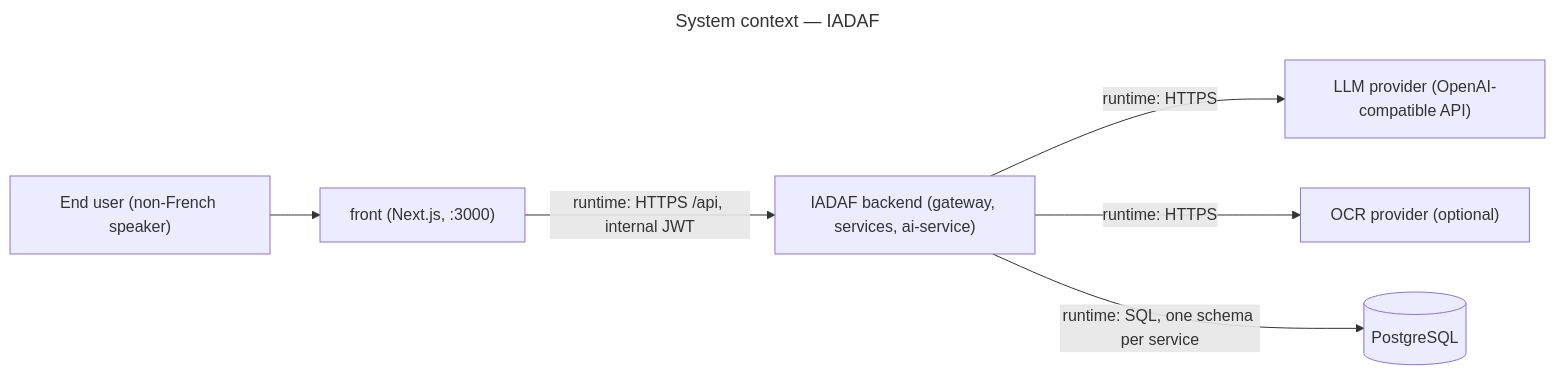
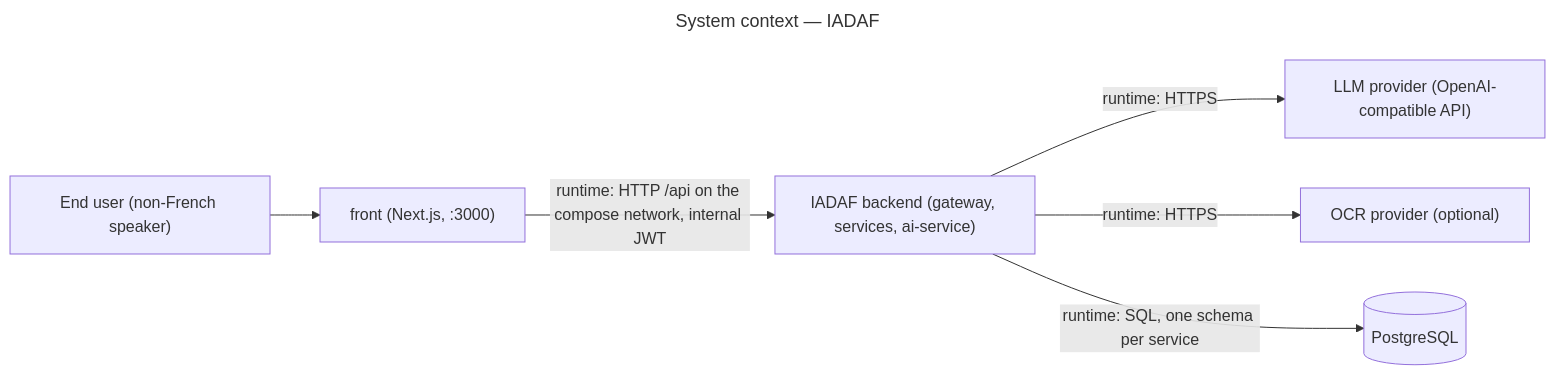
The diagram in docs/architecture/README.md (IsmailMifdal/IADAF-YDAYS), drawn with Mermaid before and after one commit. The commit also changed other lines of this file and 6 other files, not shown here.

First line of the commit message:
docs(architecture): fix review findings on ADR-0001 (ISM-116)

````diff
--- a/docs/architecture/README.md
+++ b/docs/architecture/README.md
@@ -26,17 +40,17 @@
 ```mermaid
 ---
 title: System context — IADAF
 ---
 flowchart LR
   EndUser["End user (non-French speaker)"]
   Front["front (Next.js, :3000)"]
   Backend["IADAF backend (gateway, services, ai-service)"]
   LLM["LLM provider (OpenAI-compatible API)"]
   OCR["OCR provider (optional)"]
   Pg[("PostgreSQL")]
   EndUser --> Front
-  Front -->|"runtime: HTTPS /api, internal JWT"| Backend
+  Front -->|"runtime: HTTP /api on the compose network, internal JWT"| Backend
   Backend -->|"runtime: HTTPS"| LLM
   Backend -->|"runtime: HTTPS"| OCR
   Backend -->|"runtime: SQL, one schema per service"| Pg
 ```
````
